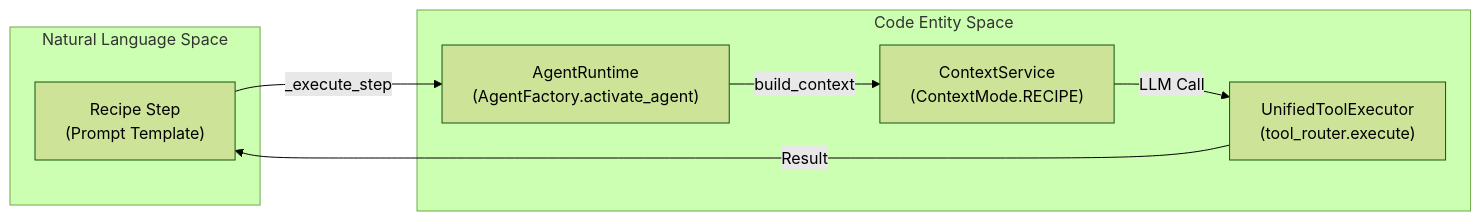
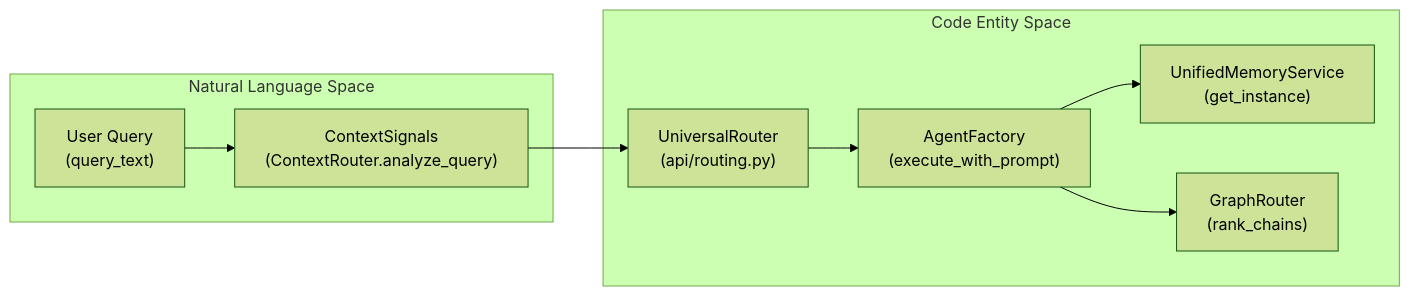
Before and after one commit to AutomatosAI/automatos-ai: the second of 2 diagrams in docs/overview/system-architecture.md, drawn with Mermaid (forest theme). The commit also changed other lines of this file and 153 other files, not shown here.

````diff
--- a/docs/overview/system-architecture.md
+++ b/docs/overview/system-architecture.md
@@ -135,17 +127,20 @@
 ```mermaid
 graph LR
     subgraph "Natural Language Space"
-        Step["Recipe Step<br/>(Prompt Template)"]
+        UserQuery["User Query<br/>(query_text)"]
+        Signals["ContextSignals<br/>(ContextRouter.analyze_query)"]
     end
 
     subgraph "Code Entity Space"
-        AgentRuntime["AgentRuntime<br/>(AgentFactory.activate_agent)"]
-        Context["ContextService<br/>(ContextMode.RECIPE)"]
-        ToolRouter["UnifiedToolExecutor<br/>(tool_router.execute)"]
+        Router["UniversalRouter<br/>(api/routing.py)"]
+        AgentRuntime["AgentFactory<br/>(execute_with_prompt)"]
+        MemSvc["UnifiedMemoryService<br/>(get_instance)"]
+        ToolGraph["GraphRouter<br/>(rank_chains)"]
     end
 
-    Step -->|"_execute_step"| AgentRuntime
-    AgentRuntime -->|"build_context"| Context
-    Context -->|"LLM Call"| ToolRouter
-    ToolRouter -->|"Result"| Step
+    UserQuery --> Signals
+    Signals --> Router
+    Router --> AgentRuntime
+    AgentRuntime --> MemSvc
+    AgentRuntime --> ToolGraph
 ```
````
